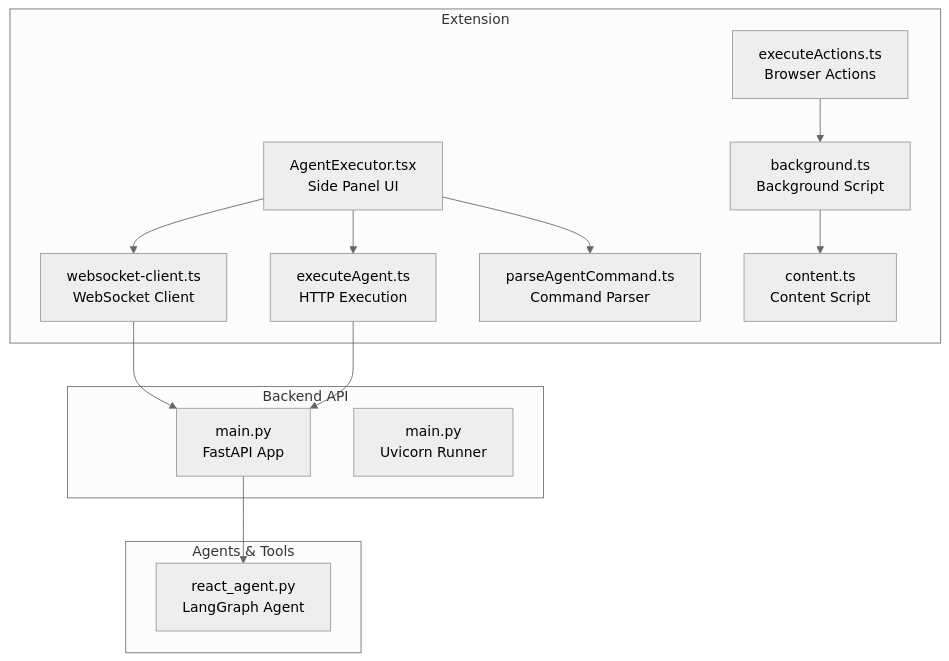
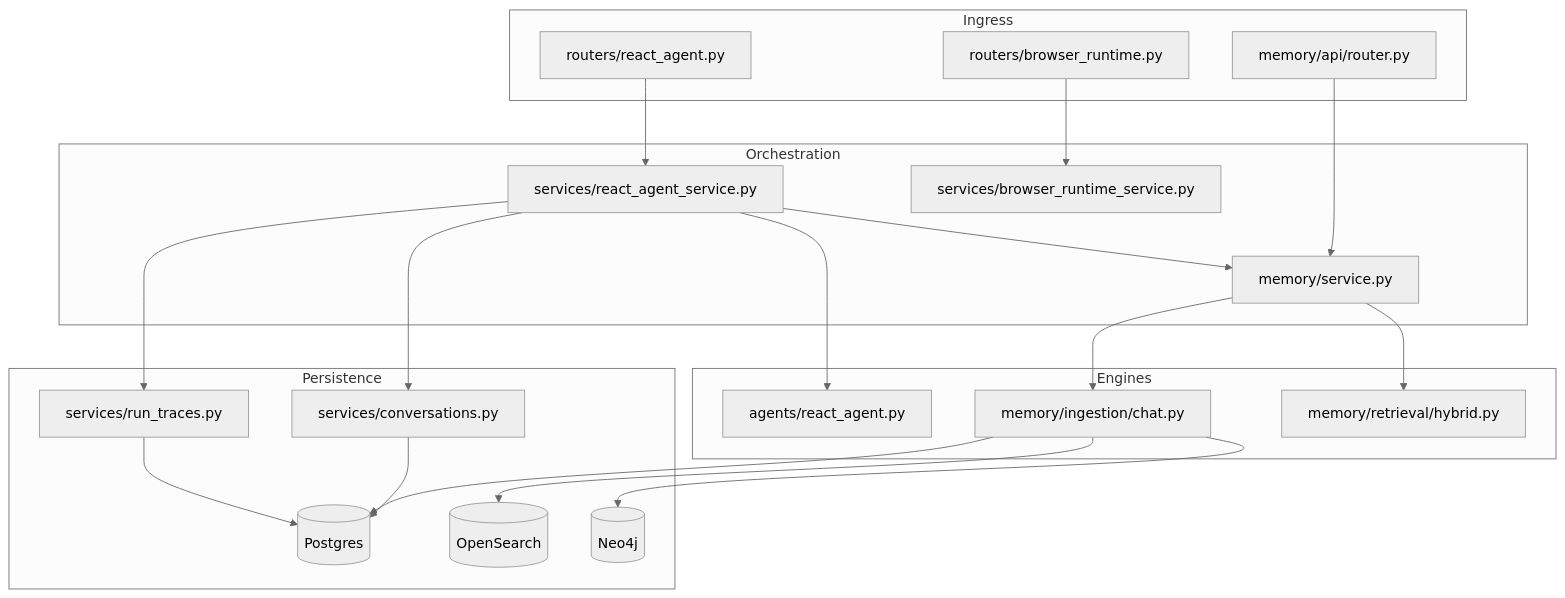
Before and after one commit to tashifkhan/tashif.codes: the first of 8 diagrams in src/data/docs/agentic-browser/System Architecture/Component Interactions and Data Flow.md, drawn with Mermaid (neutral theme). The commit also changed other lines of this file and 114 other files, not shown here.

````diff
--- a/src/data/docs/agentic-browser/System Architecture/Component Interactions and Data Flow.md
+++ b/src/data/docs/agentic-browser/System Architecture/Component Interactions and Data Flow.md
@@ -13,27 +17,39 @@
 ```mermaid
 graph TB
-subgraph "Extension"
-UI["AgentExecutor.tsx<br/>Side Panel UI"]
-WS["websocket-client.ts<br/>WebSocket Client"]
-BG["background.ts<br/>Background Script"]
-CT["content.ts<br/>Content Script"]
-EXA["executeAgent.ts<br/>HTTP Execution"]
-EXB["executeActions.ts<br/>Browser Actions"]
-PARSE["parseAgentCommand.ts<br/>Command Parser"]
-end
-subgraph "Backend API"
-API["main.py<br/>FastAPI App"]
-RUN["main.py<br/>Uvicorn Runner"]
-end
-subgraph "Agents & Tools"
-REACT["react_agent.py<br/>LangGraph Agent"]
-end
-UI --> WS
-UI --> EXA
-UI --> PARSE
-WS --> API
-EXA --> API
-BG --> CT
-EXB --> BG
-API --> REACT
+  subgraph "Ingress"
+    CHAT["routers/react_agent.py"]
+    BROWSER["routers/browser_runtime.py"]
+    MEMAPI["memory/api/router.py"]
+  end
+  subgraph "Orchestration"
+    RS["services/react_agent_service.py"]
+    BS["services/browser_runtime_service.py"]
+    MS["memory/service.py"]
+  end
+  subgraph "Engines"
+    AG["agents/react_agent.py"]
+    ING["memory/ingestion/chat.py"]
+    RET["memory/retrieval/hybrid.py"]
+  end
+  subgraph "Persistence"
+    CONV["services/conversations.py"]
+    TRACE["services/run_traces.py"]
+    DB[("Postgres")]
+    OS[("OpenSearch")]
+    NEO[("Neo4j")]
+  end
+  CHAT --> RS
+  BROWSER --> BS
+  MEMAPI --> MS
+  RS --> AG
+  RS --> MS
+  RS --> CONV
+  RS --> TRACE
+  MS --> ING
+  MS --> RET
+  ING --> DB
+  ING --> OS
+  ING --> NEO
+  CONV --> DB
+  TRACE --> DB
 ```
````
